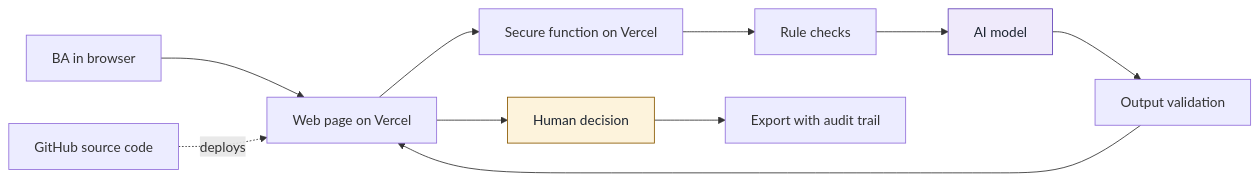
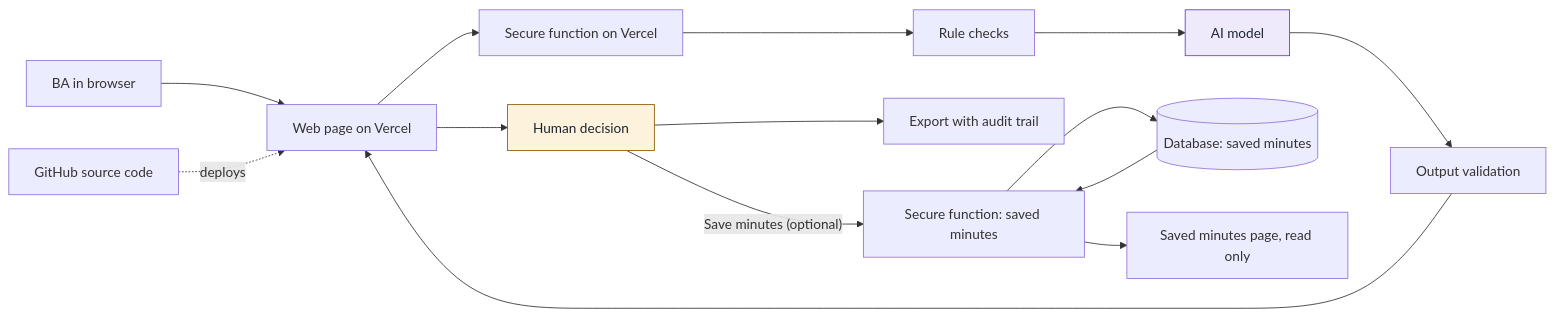
One commit to VietNgoDinh/ba-hackathon-meetingscribebot changed the fourth of 4 diagrams in deliverables/presentation/slides.md. Above: the diagram before and after it, drawn with Mermaid. The commit also changed other lines of this file and 19 other files, not shown here.

Commit message:
Update the pack for saved minutes: spec, proposal, deck, demo script

````diff
--- a/deliverables/presentation/slides.md
+++ b/deliverables/presentation/slides.md
@@ -368,17 +380,21 @@
 ```mermaid
 flowchart LR
   U["BA in browser"] --> W["Web page on Vercel"]
   W --> F["Secure function on Vercel"]
   F --> R["Rule checks"]
   R --> AI["AI model"]
   AI --> V["Output validation"]
   V --> W
   W --> H["Human decision"]
   H --> E["Export with audit trail"]
   G["GitHub source code"] -. "deploys" .-> W
+  H -- "Save minutes (optional)" --> M["Secure function: saved minutes"]
+  M --> DB[("Database: saved minutes")]
+  DB --> M
+  M --> S["Saved minutes page, read only"]
 
   classDef human fill:#fdf3dc,stroke:#8a5a00,color:#1c2430
   classDef ai fill:#efeafb,stroke:#6241b8,color:#1c2430
   class H human
   class AI ai
 ```
````
